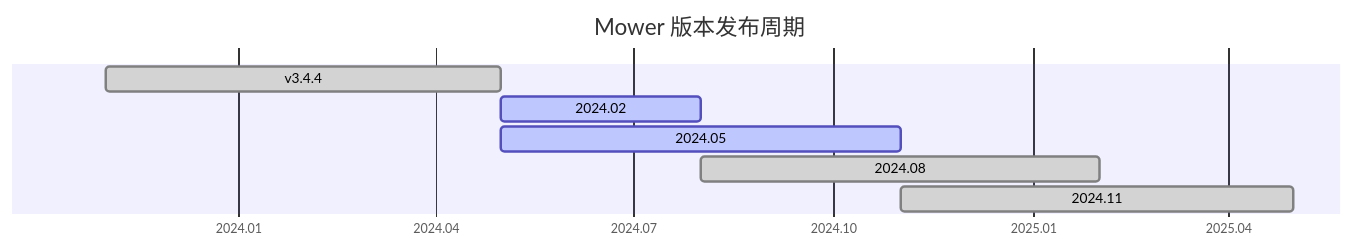
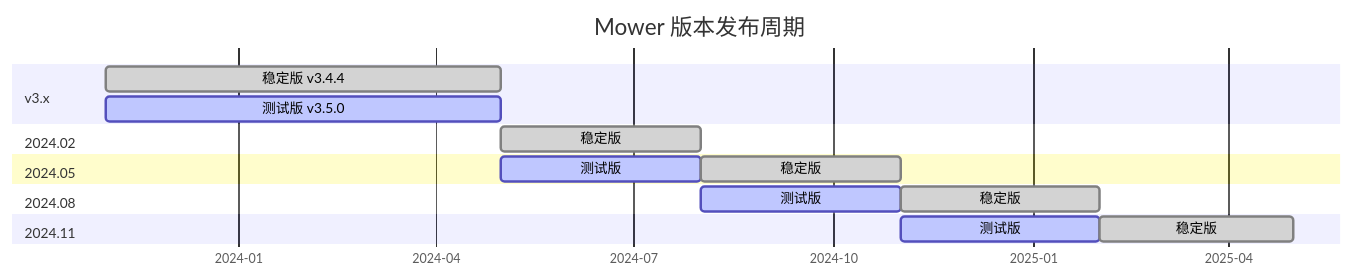
The diagram in start/download.md (ArkMowers/arknights-mower), drawn with Mermaid before and after one commit. The commit also changed other lines of this file and 1 other file, not shown here.

Commit message:
版本发布周期

````diff
--- a/start/download.md
+++ b/start/download.md
@@ -15,13 +15,26 @@
 ```mermaid
+---
+displayMode: compact
+---
 gantt
 
 dateFormat YYYY.MM
-axisFormat %Y.%m
+axisFormat %Y-%m
 title Mower 版本发布周期
+tickInterval 3month
 
-v3.4.4  :done,   2023.11, 2024.05
-2024.02 :active, 2024.05, 2024.08
-2024.05 :active, 2024.05, 2024.11
-2024.08 :done,   2024.08, 2025.02
-2024.11 :done,   2024.11, 2025.05
+section v3.x
+    稳定版 v3.4.4 :done, 2023.11, 2024.05
+    测试版 v3.5.0 :active, 2023.11, 2024.05
+section 2024.02
+    稳定版  :done, 2024.05, 2024.08
+section 2024.05
+    测试版 :active, 2024.05, 2024.08
+    稳定版 :done, 2024.08, 2024.11
+section 2024.08
+    测试版 :active, 2024.08, 2024.11
+    稳定版 :done, 2024.11, 2025.02
+section 2024.11
+    测试版 :active, 2024.11, 2025.02
+    稳定版 :done, 2025.02, 2025.05
 ```
````
